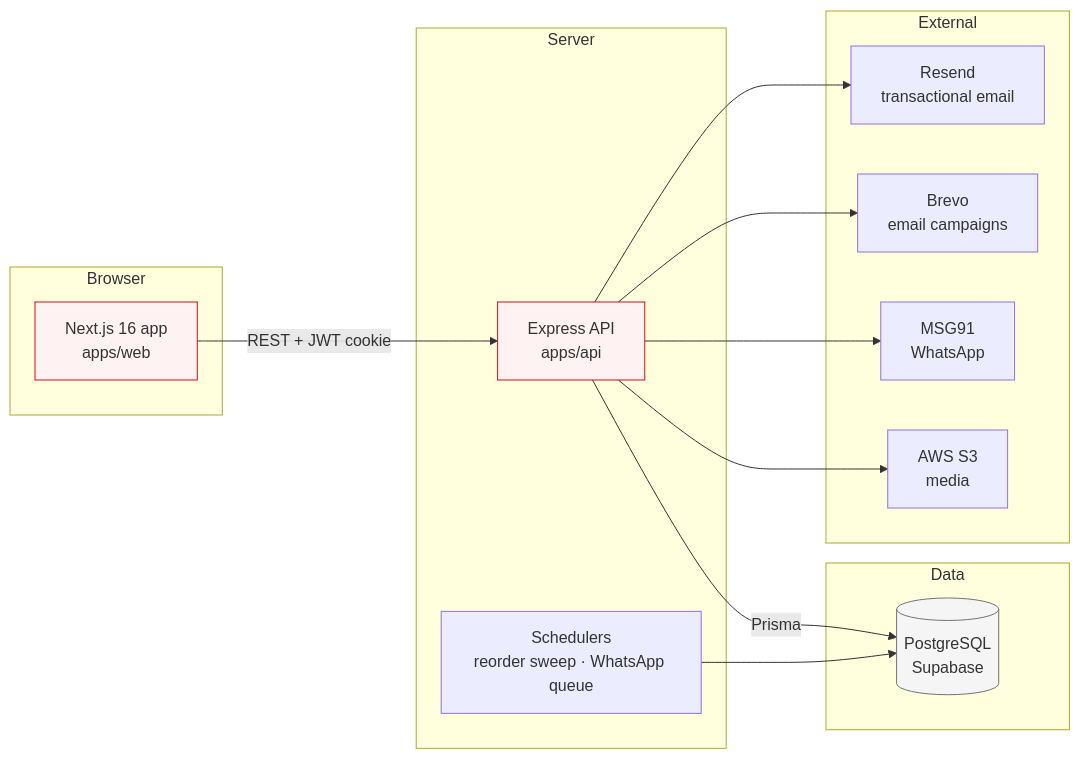
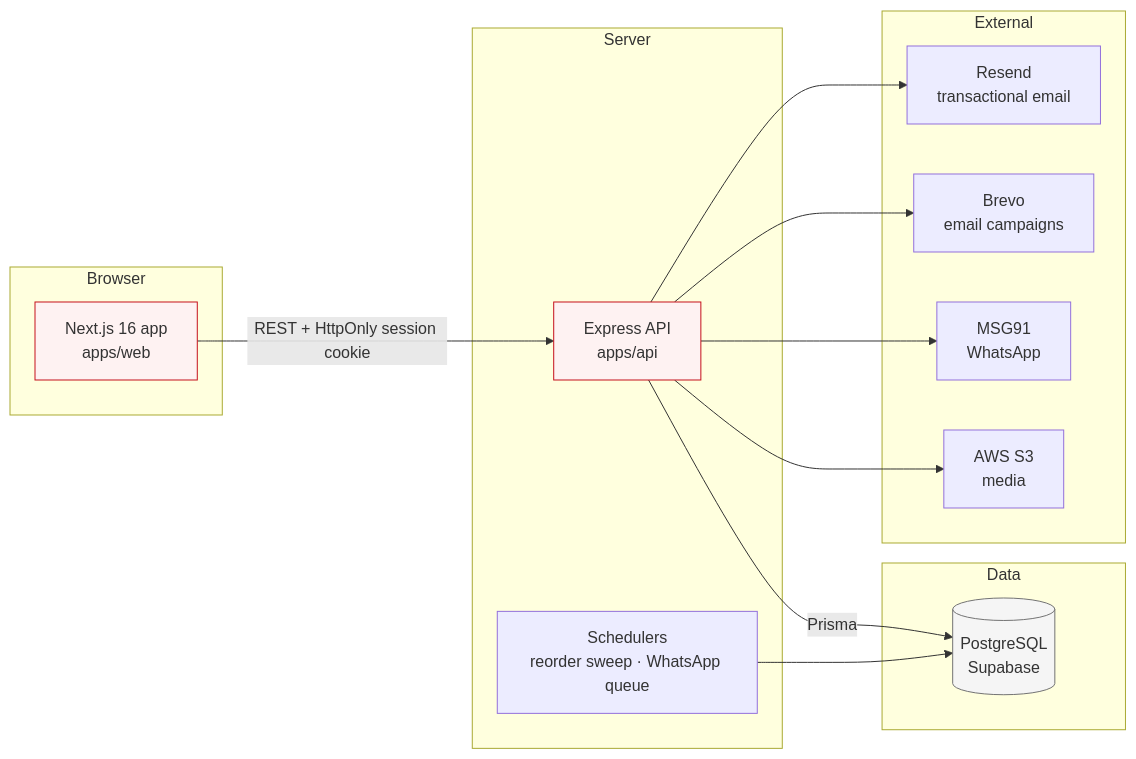
The first of 11 diagrams in docs/ARCHITECTURE.md (akashdewanganIG/ralli-wolf), drawn with Mermaid before and after one commit. The commit also changed other lines of this file and 767 other files, not shown here.

````diff
--- a/docs/ARCHITECTURE.md
+++ b/docs/ARCHITECTURE.md
@@ -34,34 +34,34 @@
 ```mermaid
 flowchart LR
     subgraph Browser
         WEB["Next.js 16 app<br/>apps/web"]
     end
 
     subgraph Server
         API["Express API<br/>apps/api"]
         JOBS["Schedulers<br/>reorder sweep · WhatsApp queue"]
     end
 
     subgraph Data
         PG[("PostgreSQL<br/>Supabase")]
     end
 
     subgraph External
         RESEND["Resend<br/>transactional email"]
         BREVO["Brevo<br/>email campaigns"]
         MSG91["MSG91<br/>WhatsApp"]
         S3["AWS S3<br/>media"]
     end
 
-    WEB -->|"REST + JWT cookie"| API
+WEB -->|"REST + HttpOnly session cookie"| API
     API -->|"Prisma"| PG
     JOBS --> PG
     API --> RESEND
     API --> BREVO
     API --> MSG91
     API --> S3
 
     style WEB fill:#fef2f2,stroke:#c5101b
     style API fill:#fef2f2,stroke:#c5101b
     style PG fill:#f5f5f5,stroke:#737373
 ```
````
